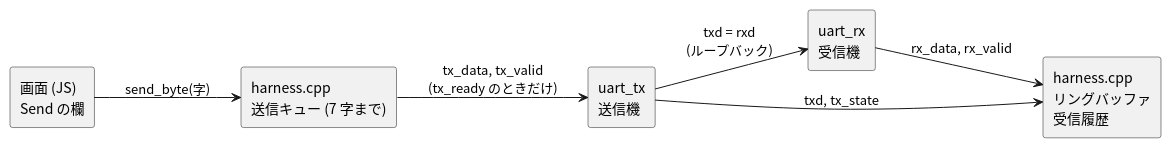
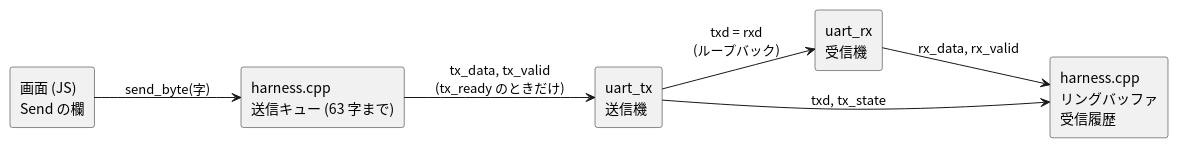
One commit to tommie-jp/tommie-circuit-workbook changed the diagram in 06-fpga/04-soft-fpga-web/06-uart-loopback.md. Above: the diagram before and after it, drawn with PlantUML. The commit also changed other lines of this file, not shown here.

````diff
--- a/06-fpga/04-soft-fpga-web/06-uart-loopback.md
+++ b/06-fpga/04-soft-fpga-web/06-uart-loopback.md
@@ -27,19 +27,19 @@
 ```plantuml
 @startuml
 skinparam shadowing false
 skinparam defaultFontName "Noto Sans CJK JP"
 left to right direction
 
 rectangle "画面 (JS)\nSend の欄" as js
-rectangle "harness.cpp\n送信キュー (7 字まで)" as q
+rectangle "harness.cpp\n送信キュー (63 字まで)" as q
 rectangle "uart_tx\n送信機" as tx
 rectangle "uart_rx\n受信機" as rx
 rectangle "harness.cpp\nリングバッファ\n受信履歴" as ring
 
 js --> q : send_byte(字)
 q --> tx : tx_data, tx_valid\n(tx_ready のときだけ)
 tx --> rx : txd = rxd\n(ループバック)
 rx --> ring : rx_data, rx_valid
 tx --> ring : txd, tx_state
 @enduml
 ```
````
